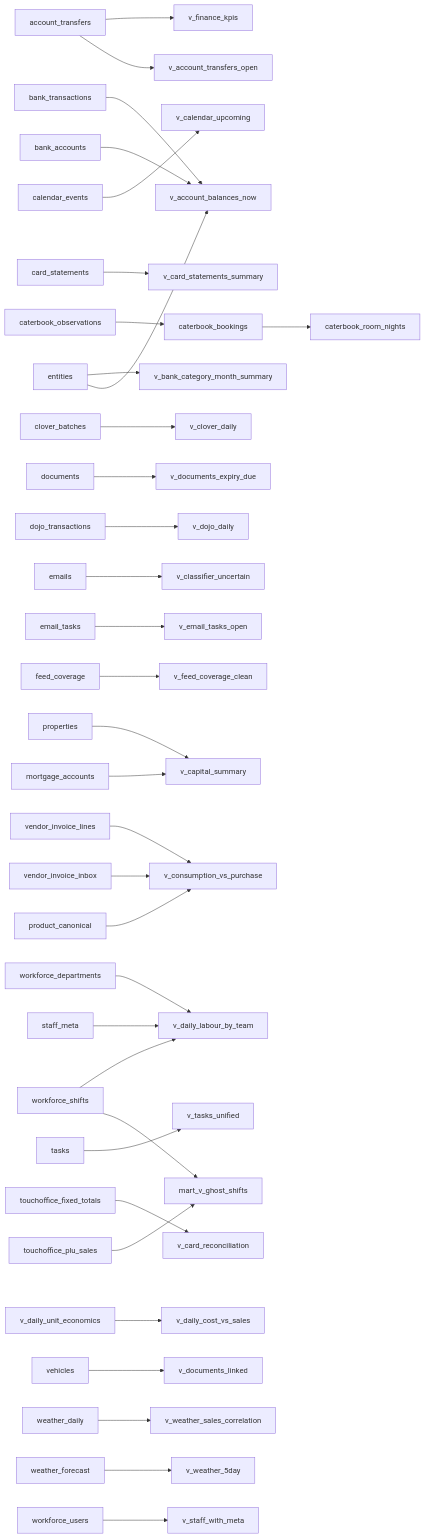
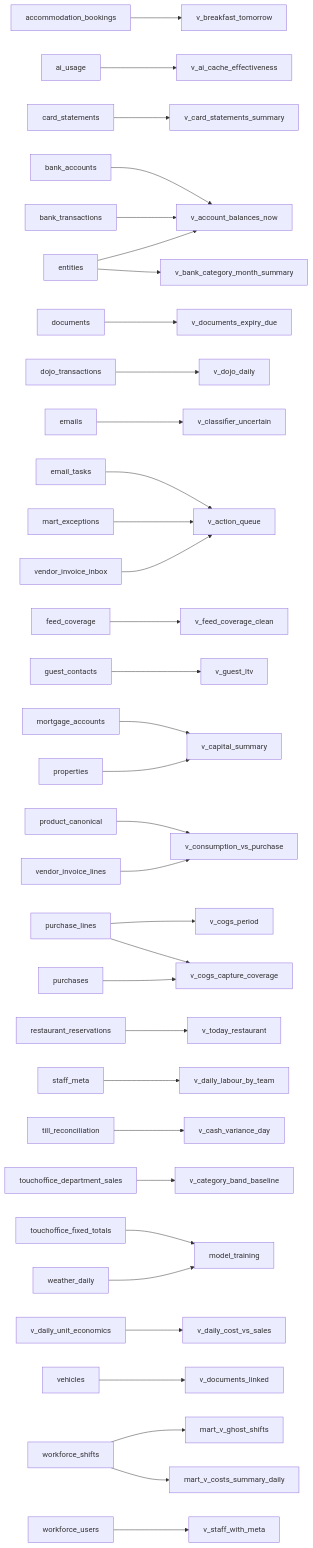
Before and after one commit to jolyonsandercock-oss/HomeAI: the diagram in docs/views.md, drawn with Mermaid. The commit also changed other lines of this file and 2 other files, not shown here.

````diff
--- a/docs/views.md
+++ b/docs/views.md
@@ -9,36 +9,36 @@
 ```mermaid
 graph LR
-  account_transfers --> v_account_transfers_open
-  account_transfers --> v_finance_kpis
+  accommodation_bookings --> v_breakfast_tomorrow
+  ai_usage --> v_ai_cache_effectiveness
   bank_accounts --> v_account_balances_now
   bank_transactions --> v_account_balances_now
-  calendar_events --> v_calendar_upcoming
   card_statements --> v_card_statements_summary
-  caterbook_bookings --> caterbook_room_nights
-  caterbook_observations --> caterbook_bookings
-  clover_batches --> v_clover_daily
   documents --> v_documents_expiry_due
   dojo_transactions --> v_dojo_daily
   emails --> v_classifier_uncertain
-  email_tasks --> v_email_tasks_open
+  email_tasks --> v_action_queue
   entities --> v_account_balances_now
   entities --> v_bank_category_month_summary
   feed_coverage --> v_feed_coverage_clean
+  guest_contacts --> v_guest_ltv
+  mart_exceptions --> v_action_queue
   mortgage_accounts --> v_capital_summary
   product_canonical --> v_consumption_vs_purchase
   properties --> v_capital_summary
+  purchase_lines --> v_cogs_capture_coverage
+  purchase_lines --> v_cogs_period
+  purchases --> v_cogs_capture_coverage
+  restaurant_reservations --> v_today_restaurant
   staff_meta --> v_daily_labour_by_team
-  tasks --> v_tasks_unified
-  touchoffice_fixed_totals --> v_card_reconciliation
-  touchoffice_plu_sales --> mart_v_ghost_shifts
+  till_reconciliation --> v_cash_variance_day
+  touchoffice_department_sales --> v_category_band_baseline
+  touchoffice_fixed_totals --> model_training
   v_daily_unit_economics --> v_daily_cost_vs_sales
   vehicles --> v_documents_linked
-  vendor_invoice_inbox --> v_consumption_vs_purchase
+  vendor_invoice_inbox --> v_action_queue
   vendor_invoice_lines --> v_consumption_vs_purchase
-  weather_daily --> v_weather_sales_correlation
-  weather_forecast --> v_weather_5day
-  workforce_departments --> v_daily_labour_by_team
+  weather_daily --> model_training
+  workforce_shifts --> mart_v_costs_summary_daily
   workforce_shifts --> mart_v_ghost_shifts
-  workforce_shifts --> v_daily_labour_by_team
   workforce_users --> v_staff_with_meta
 ```
````
